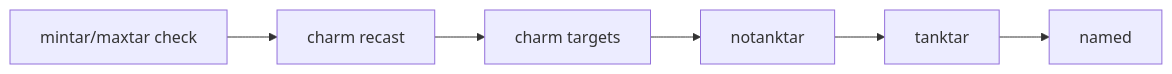
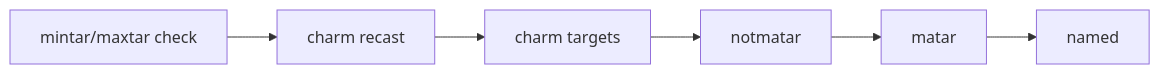
The diagram in docs/spell-targeting-and-bands.md (Cezero/czbot), drawn with Mermaid before and after one commit. The commit also changed other lines of this file and 21 other files, not shown here.

````diff
--- a/docs/spell-targeting-and-bands.md
+++ b/docs/spell-targeting-and-bands.md
@@ -74,10 +74,10 @@
 ```mermaid
 flowchart LR
     campCountCheck[mintar/maxtar check]
     charmRecast[charm recast]
     charmTargets[charm targets]
-    tanktar[tanktar]
-    notanktar[notanktar]
+    matar[matar]
+    notmatar[notmatar]
     named[named]
-    campCountCheck --> charmRecast --> charmTargets --> notanktar --> tanktar --> named
+    campCountCheck --> charmRecast --> charmTargets --> notmatar --> matar --> named
 ```
````
